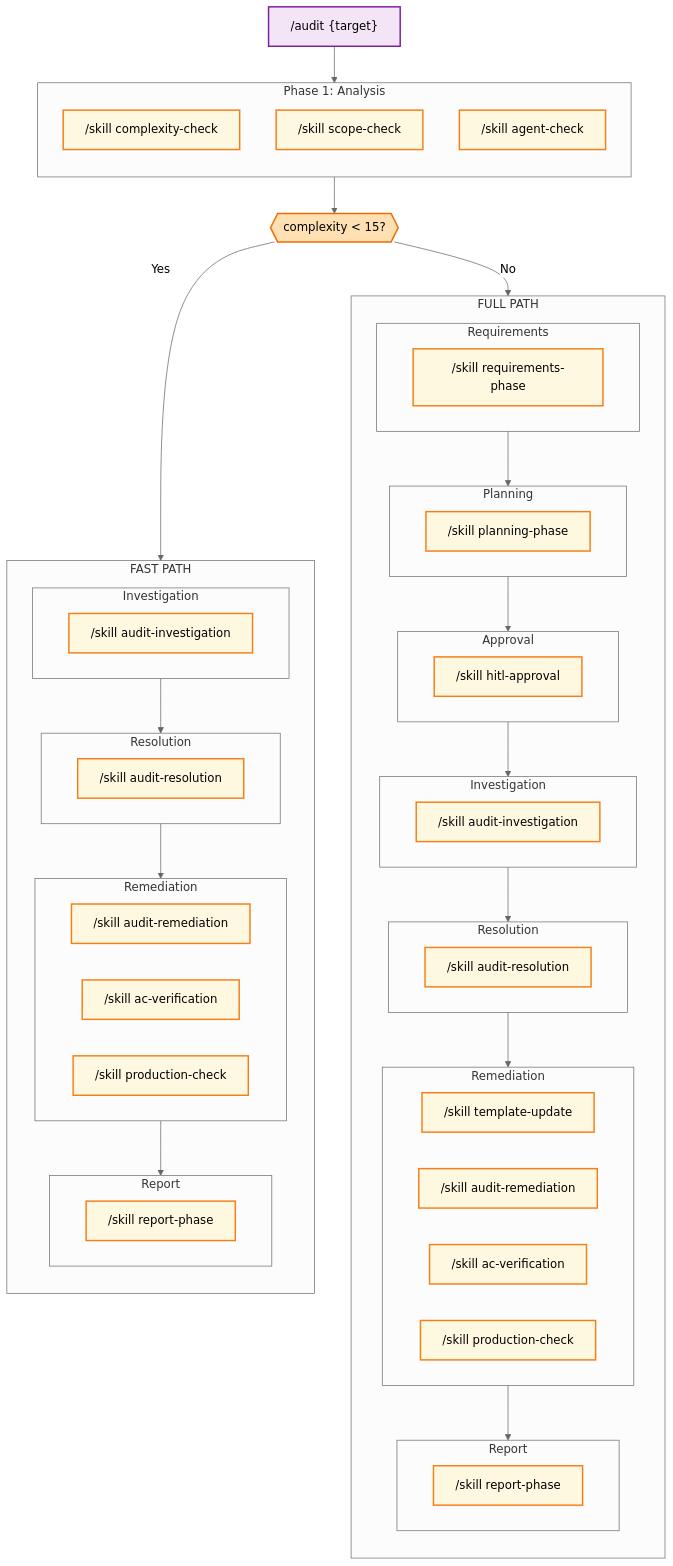
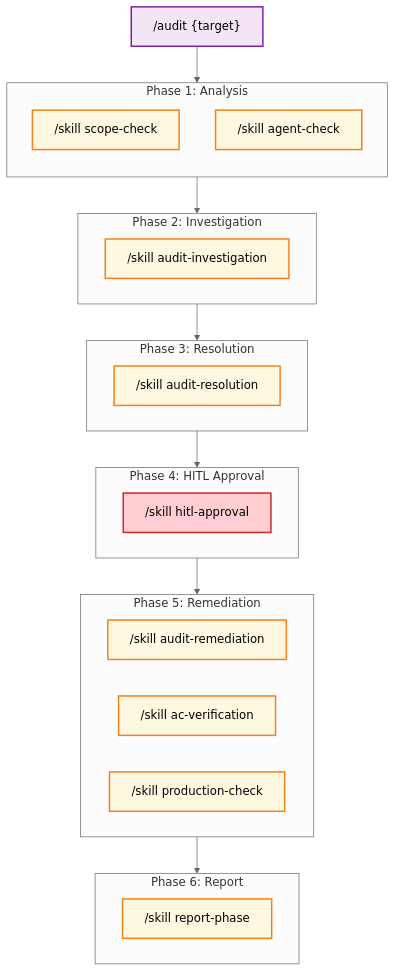
One commit to metasaver/metasaver-marketplace changed the first of 9 diagrams in docs/architecture/audit-command-target-state.md. Above: the diagram before and after it, drawn with Mermaid (neutral theme). The commit also changed other lines of this file and 21 other files, not shown here.

````diff
--- a/docs/architecture/audit-command-target-state.md
+++ b/docs/architecture/audit-command-target-state.md
@@ -13,70 +13,39 @@
 ```mermaid
 flowchart TB
     classDef phase fill:#bbdefb,stroke:#1565c0,stroke-width:2px
     classDef skill fill:#fff8e1,stroke:#f57f17,stroke-width:2px
     classDef entry fill:#f3e5f5,stroke:#7b1fa2,stroke-width:2px
-    classDef decision fill:#ffe0b2,stroke:#ef6c00,stroke-width:2px
+    classDef hitl fill:#ffcdd2,stroke:#c62828,stroke-width:2px
 
     ENTRY["/audit {target}"]:::entry
 
     subgraph P1["Phase 1: Analysis"]
         direction TB
-        CC["/skill complexity-check"]:::skill
         SC["/skill scope-check"]:::skill
         AC["/skill agent-check"]:::skill
     end
 
-    DECIDE{{"complexity < 15?"}}:::decision
-
-    subgraph FAST["FAST PATH"]
-        direction TB
-        subgraph P5F["Investigation"]
-            INVF["/skill audit-investigation"]:::skill
-        end
-        subgraph P6F["Resolution"]
-            RESF["/skill audit-resolution"]:::skill
-        end
-        subgraph P7F["Remediation"]
-            REMF["/skill audit-remediation"]:::skill
-            ACVF["/skill ac-verification"]:::skill
-            PRDF["/skill production-check"]:::skill
-        end
-        subgraph P8F["Report"]
-            RPTF["/skill report-phase"]:::skill
-        end
-        P5F --> P6F --> P7F --> P8F
+    subgraph P2["Phase 2: Investigation"]
+        INV["/skill audit-investigation"]:::skill
     end
 
-    subgraph FULL["FULL PATH"]
-        direction TB
-        subgraph P2["Requirements"]
-            REQ["/skill requirements-phase"]:::skill
-        end
-        subgraph P3["Planning"]
-            PLAN["/skill planning-phase"]:::skill
-        end
-        subgraph P4["Approval"]
-            HITL["/skill hitl-approval"]:::skill
-        end
-        subgraph P5["Investigation"]
-            INV["/skill audit-investigation"]:::skill
-        end
-        subgraph P6["Resolution"]
-            RES["/skill audit-resolution"]:::skill
-        end
-        subgraph P7["Remediation"]
-            TPL["/skill template-update"]:::skill
-            REM["/skill audit-remediation"]:::skill
-            ACV["/skill ac-verification"]:::skill
-            PRD["/skill production-check"]:::skill
-        end
-        subgraph P8["Report"]
-            RPT["/skill report-phase"]:::skill
-        end
-        P2 --> P3 --> P4 --> P5 --> P6 --> P7 --> P8
+    subgraph P3["Phase 3: Resolution"]
+        RES["/skill audit-resolution"]:::skill
     end
 
-    ENTRY --> P1 --> DECIDE
-    DECIDE -->|Yes| FAST
-    DECIDE -->|No| FULL
+    subgraph P4["Phase 4: HITL Approval"]
+        HITL["/skill hitl-approval"]:::hitl
+    end
+
+    subgraph P5["Phase 5: Remediation"]
+        REM["/skill audit-remediation"]:::skill
+        ACV["/skill ac-verification"]:::skill
+        PRD["/skill production-check"]:::skill
+    end
+
+    subgraph P6["Phase 6: Report"]
+        RPT["/skill report-phase"]:::skill
+    end
+
+    ENTRY --> P1 --> P2 --> P3 --> P4 --> P5 --> P6
 ```
````
